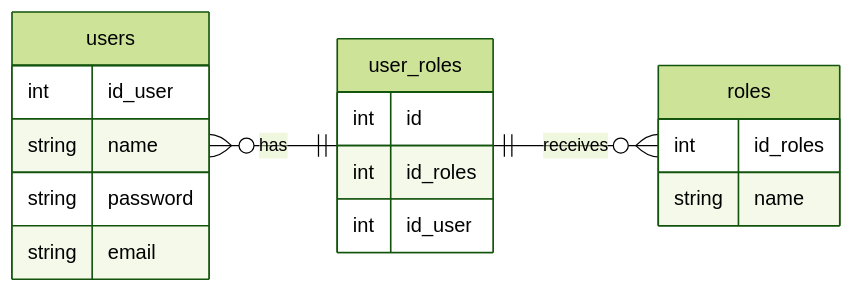
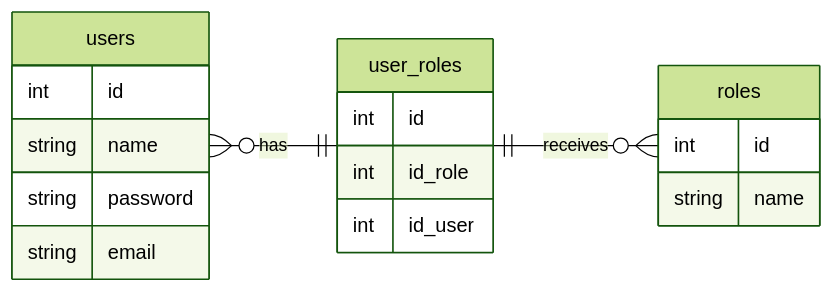
One commit to yusufbahtiarr/fgo24-db-auth-flow changed the diagram in readme.md. Above: the diagram before and after it, drawn with Mermaid (forest theme).

Commit message:
feat: add password and email in users

````diff
--- a/readme.md
+++ b/readme.md
@@ -3,21 +3,21 @@
 ```mermaid
 erDiagram
   direction LR
   users }o--|| user_roles : has
   user_roles ||--o{ roles   : receives
   users{
-    int id_user
+    int id
     string name
     string password
     string email
   }
   user_roles{
     int id
-    int id_roles
+    int id_role
     int id_user
   }
   roles {
-    int id_roles
+    int id
     string name
   }
 ```
````
